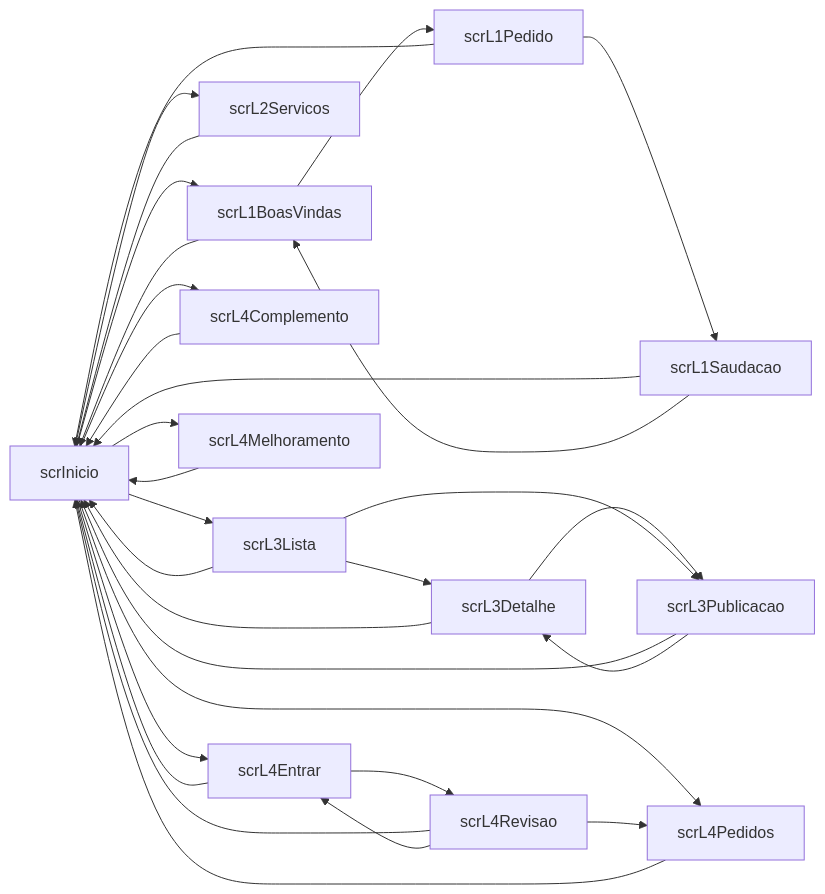
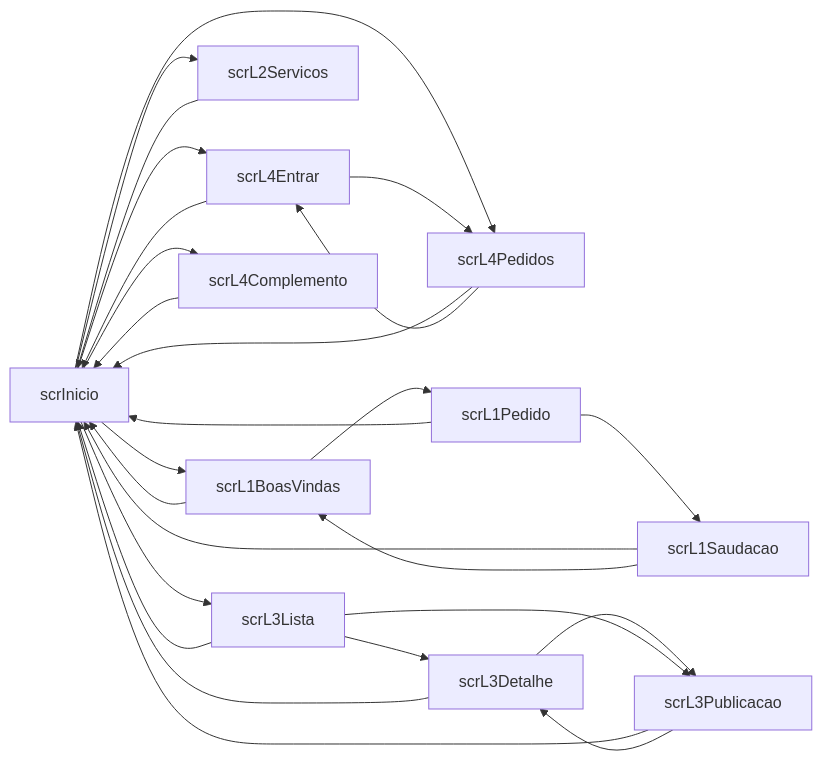
The diagram in docs/inventario.md (RiGuJeCaAb/DAC2627), drawn with Mermaid before and after one commit. The commit also changed other lines of this file and 14 other files, not shown here.

First line of the commit message:
v1.7.0 · Ficha 04 numa só app, em três modos sobre o scrL4Pedidos (m009)

````diff
--- a/docs/inventario.md
+++ b/docs/inventario.md
@@ -9,32 +9,28 @@
 ```mermaid
 flowchart LR
   scrInicio --> scrL1BoasVindas
   scrInicio --> scrL2Servicos
   scrInicio --> scrL3Lista
   scrInicio --> scrL4Complemento
   scrInicio --> scrL4Entrar
-  scrInicio --> scrL4Melhoramento
   scrInicio --> scrL4Pedidos
   scrL1BoasVindas --> scrInicio
   scrL1BoasVindas --> scrL1Pedido
   scrL1Pedido --> scrInicio
   scrL1Pedido --> scrL1Saudacao
   scrL1Saudacao --> scrInicio
   scrL1Saudacao --> scrL1BoasVindas
   scrL2Servicos --> scrInicio
   scrL3Detalhe --> scrInicio
   scrL3Detalhe --> scrL3Publicacao
   scrL3Lista --> scrInicio
   scrL3Lista --> scrL3Detalhe
   scrL3Lista --> scrL3Publicacao
   scrL3Publicacao --> scrInicio
   scrL3Publicacao --> scrL3Detalhe
   scrL4Complemento --> scrInicio
   scrL4Entrar --> scrInicio
-  scrL4Entrar --> scrL4Revisao
-  scrL4Melhoramento --> scrInicio
+  scrL4Entrar --> scrL4Pedidos
   scrL4Pedidos --> scrInicio
-  scrL4Revisao --> scrInicio
-  scrL4Revisao --> scrL4Entrar
-  scrL4Revisao --> scrL4Pedidos
+  scrL4Pedidos --> scrL4Entrar
 ```
````
